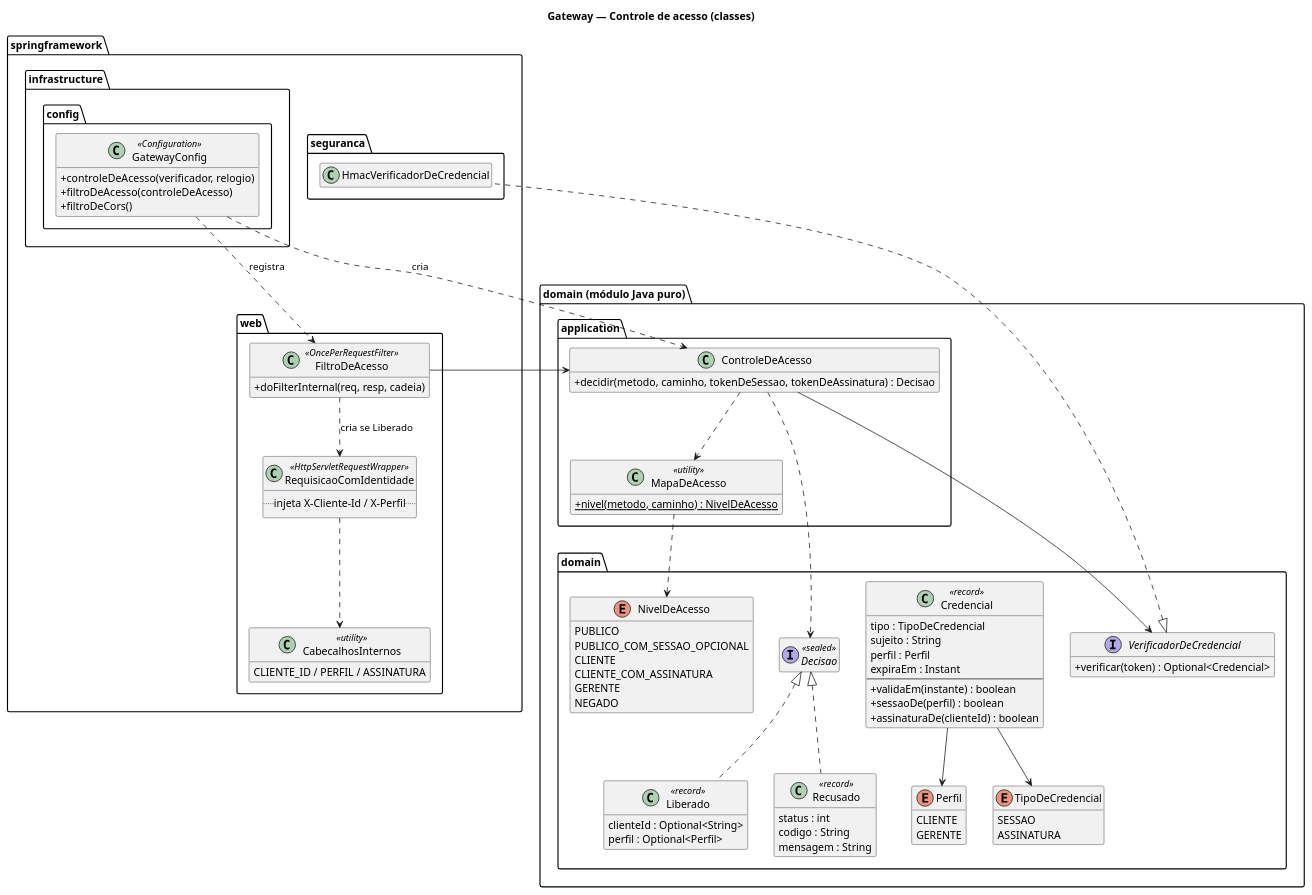
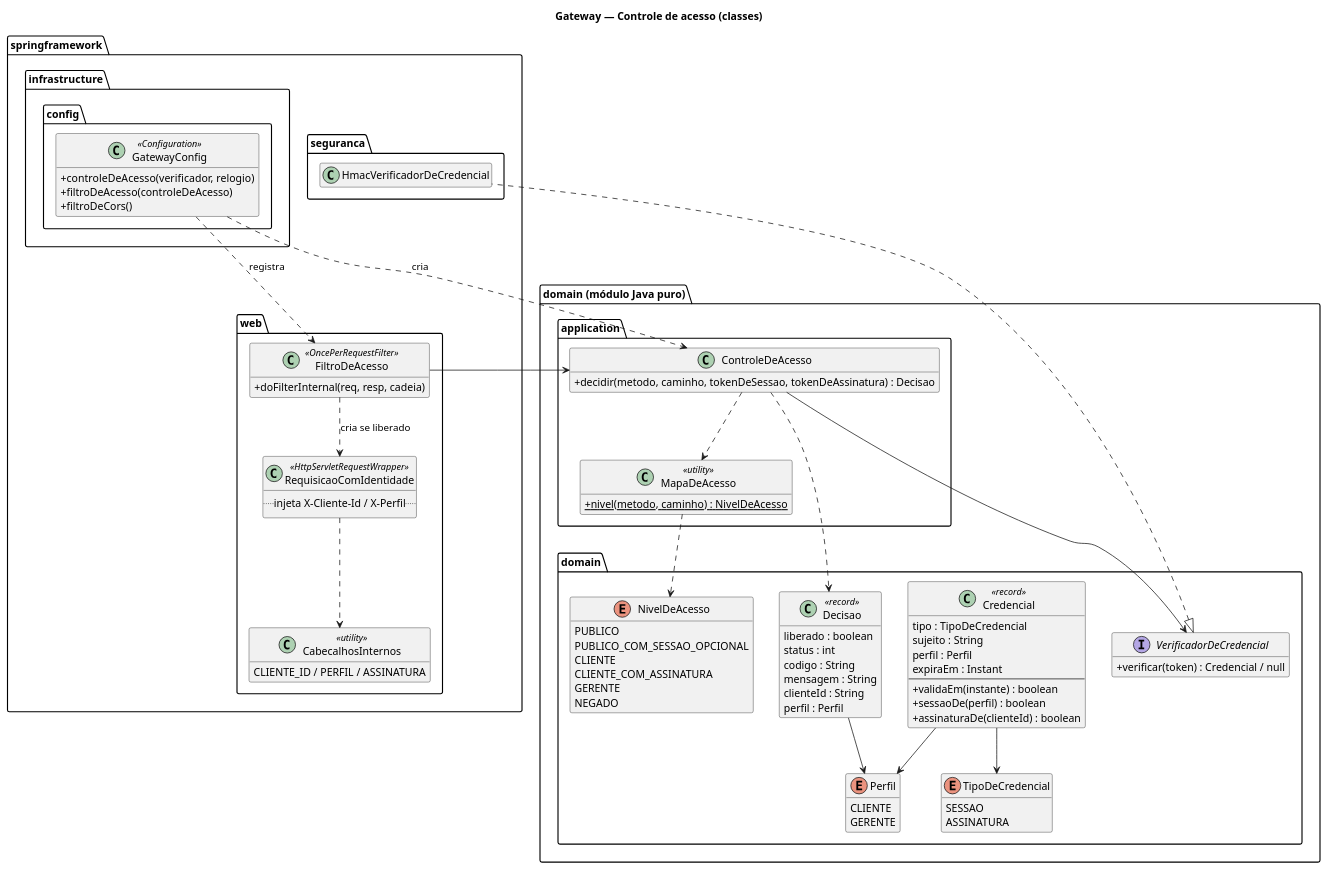
The diagram in docs/plantuml/04-gateway.puml (Endrigogustavo/OrbitaPay), drawn with PlantUML before and after one commit. The commit also changed 189 other files, not shown here.

```diff
--- a/docs/plantuml/04-gateway.puml
+++ b/docs/plantuml/04-gateway.puml
@@ -1,102 +1,99 @@
 @startuml 04-gateway
 title Gateway — Controle de acesso (classes)
 
 skinparam shadowing false
 skinparam defaultFontName "Segoe UI"
 skinparam classAttributeIconSize 0
 hide empty members
 
 package "springframework" {
   package "web" {
     class FiltroDeAcesso <<OncePerRequestFilter>> {
       + doFilterInternal(req, resp, cadeia)
     }
     class RequisicaoComIdentidade <<HttpServletRequestWrapper>> {
       .. injeta X-Cliente-Id / X-Perfil ..
     }
     class CabecalhosInternos <<utility>> {
       CLIENTE_ID / PERFIL / ASSINATURA
     }
   }
 
   package "seguranca" {
     class HmacVerificadorDeCredencial
   }
 
   package "infrastructure.config" {
     class GatewayConfig <<Configuration>> {
       + controleDeAcesso(verificador, relogio)
       + filtroDeAcesso(controleDeAcesso)
       + filtroDeCors()
     }
   }
 }
 
 package "domain (módulo Java puro)" {
   package "application" {
     class ControleDeAcesso {
       + decidir(metodo, caminho, tokenDeSessao, tokenDeAssinatura) : Decisao
     }
     class MapaDeAcesso <<utility>> {
       + {static} nivel(metodo, caminho) : NivelDeAcesso
     }
   }
 
   package "domain" {
     interface VerificadorDeCredencial {
-      + verificar(token) : Optional<Credencial>
+      + verificar(token) : Credencial / null
     }
     class Credencial <<record>> {
       tipo : TipoDeCredencial
       sujeito : String
       perfil : Perfil
       expiraEm : Instant
       --
       + validaEm(instante) : boolean
       + sessaoDe(perfil) : boolean
       + assinaturaDe(clienteId) : boolean
     }
-    interface Decisao <<sealed>>
-    class Liberado <<record>> {
-      clienteId : Optional<String>
-      perfil : Optional<Perfil>
-    }
-    class Recusado <<record>> {
+    class Decisao <<record>> {
+      liberado : boolean
       status : int
       codigo : String
       mensagem : String
+      clienteId : String
+      perfil : Perfil
     }
     enum NivelDeAcesso {
       PUBLICO
       PUBLICO_COM_SESSAO_OPCIONAL
       CLIENTE
       CLIENTE_COM_ASSINATURA
       GERENTE
       NEGADO
     }
     enum Perfil {
       CLIENTE
       GERENTE
     }
     enum TipoDeCredencial {
       SESSAO
       ASSINATURA
     }
   }
 }
 
 GatewayConfig ..> ControleDeAcesso : cria
 GatewayConfig ..> FiltroDeAcesso : registra
 FiltroDeAcesso --> ControleDeAcesso
-FiltroDeAcesso ..> RequisicaoComIdentidade : cria se Liberado
+FiltroDeAcesso ..> RequisicaoComIdentidade : cria se liberado
 RequisicaoComIdentidade ..> CabecalhosInternos
 ControleDeAcesso ..> MapaDeAcesso
 ControleDeAcesso --> VerificadorDeCredencial
 VerificadorDeCredencial <|.. HmacVerificadorDeCredencial
 ControleDeAcesso ..> Decisao
-Decisao <|.. Liberado
-Decisao <|.. Recusado
+Decisao --> Perfil
 Credencial --> TipoDeCredencial
 Credencial --> Perfil
 MapaDeAcesso ..> NivelDeAcesso
 @enduml
```
